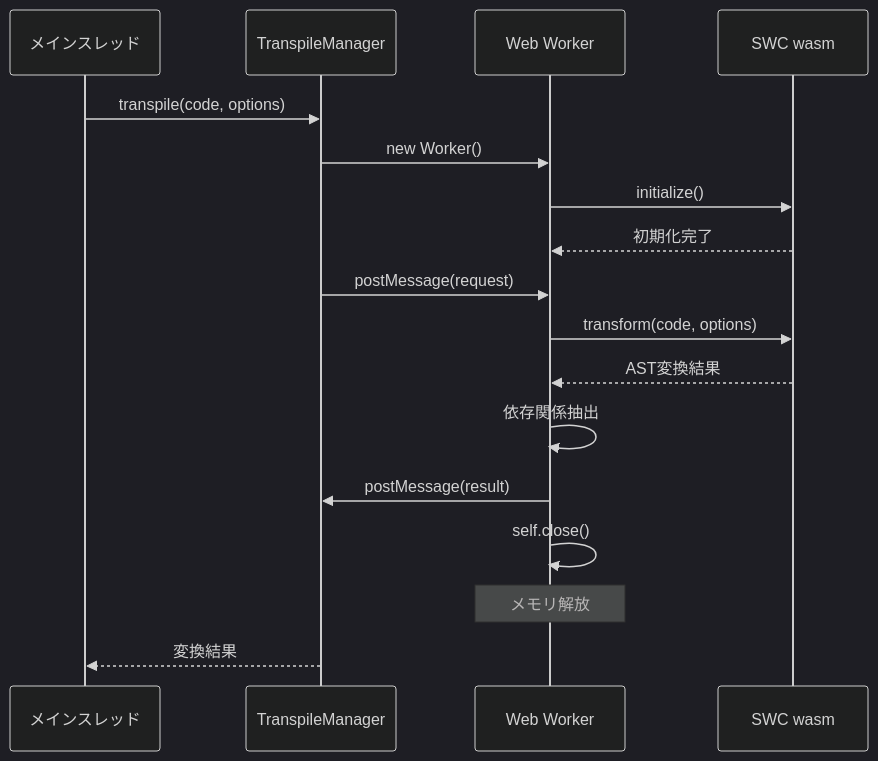
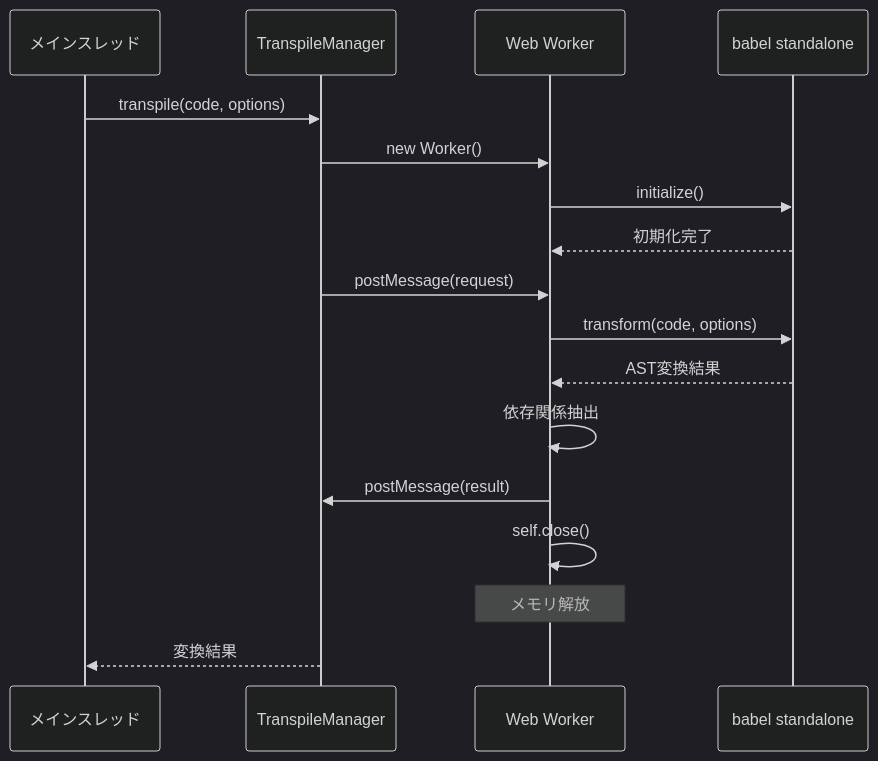
The fifth of 12 diagrams in docs/NODE-RUNTIME.md (Stasshe/Pyxis-CodeCanvas), drawn with Mermaid (dark theme) before and after one commit. The commit also changed other lines of this file and 1 other file, not shown here.

Commit message:
feat: SWC wasmをbabel standaloneに置き換え、ドキュメントを更新

````diff
--- a/docs/NODE-RUNTIME.md
+++ b/docs/NODE-RUNTIME.md
@@ -238,26 +268,26 @@
 ```mermaid
 sequenceDiagram
     participant Main as メインスレッド
     participant Manager as TranspileManager
     participant Worker as Web Worker
-    participant SWC as SWC wasm
+    participant SWC as babel standalone
     
     Main->>Manager: transpile(code, options)
     Manager->>Worker: new Worker()
     
     Worker->>SWC: initialize()
     SWC-->>Worker: 初期化完了
     
     Manager->>Worker: postMessage(request)
     
     Worker->>SWC: transform(code, options)
     SWC-->>Worker: AST変換結果
     
     Worker->>Worker: 依存関係抽出
     Worker->>Manager: postMessage(result)
     
     Worker->>Worker: self.close()
     Note over Worker: メモリ解放
     
     Manager-->>Main: 変換結果
 ```
````
